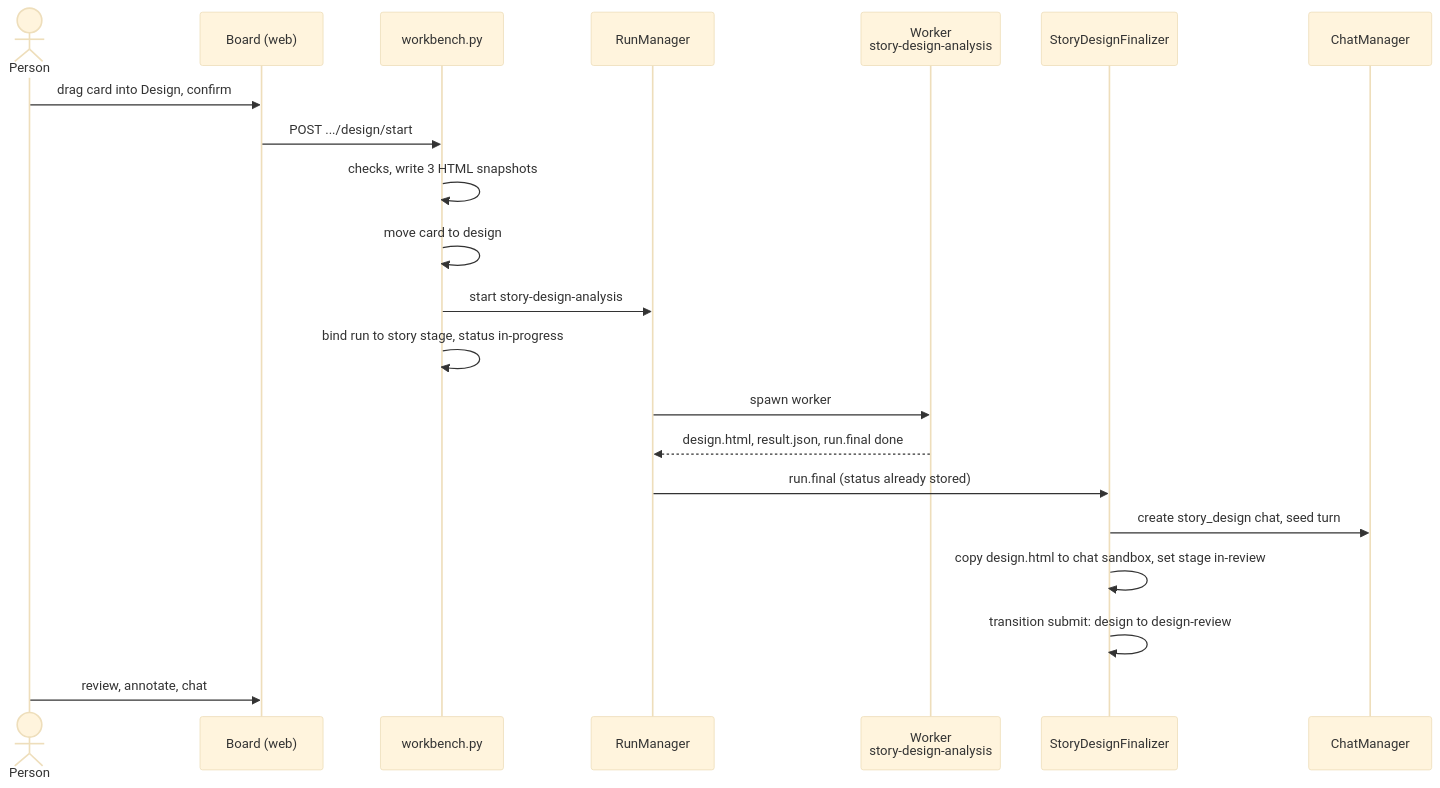
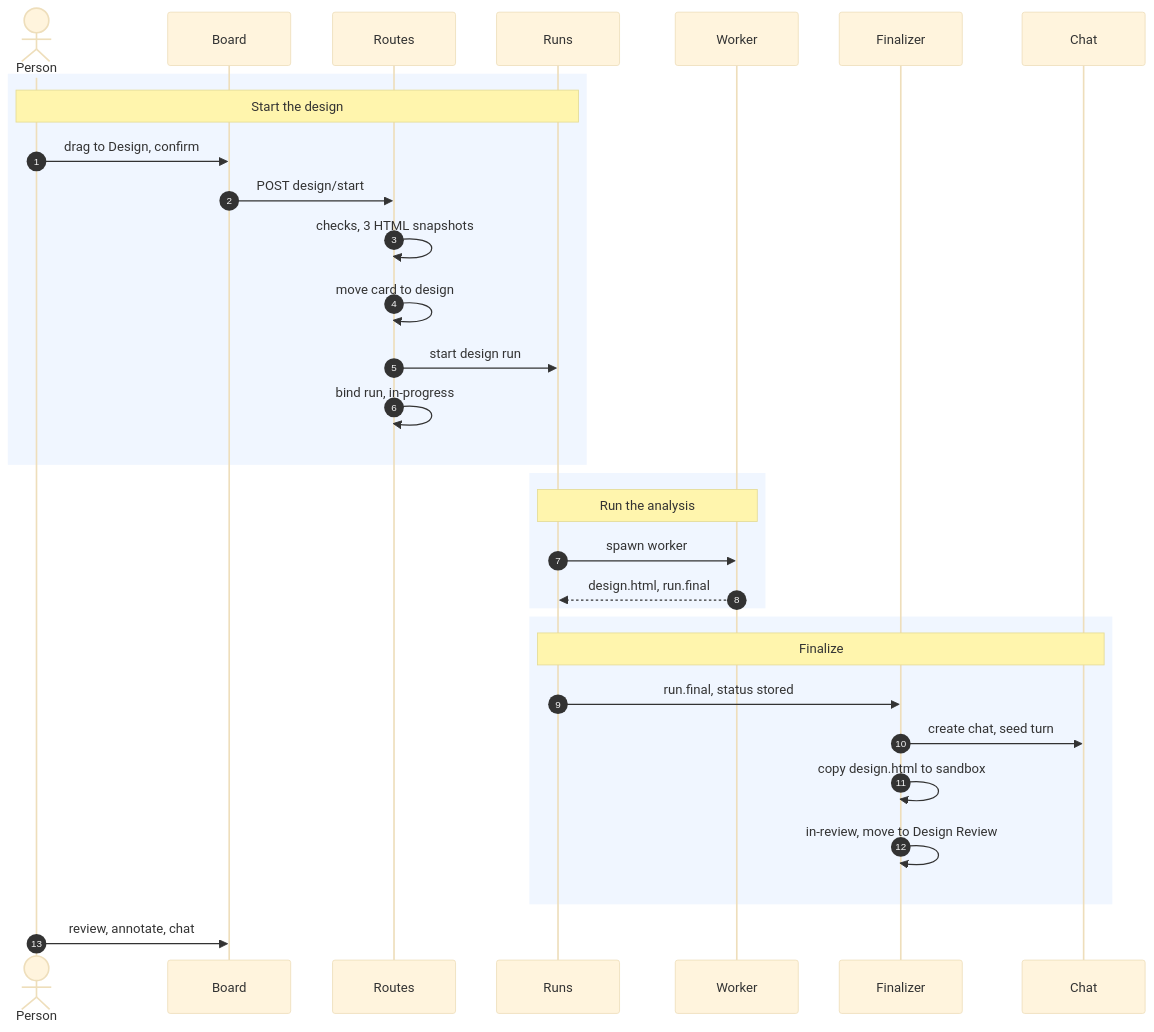
Before and after one commit to ram-020998/project-tracker: the fourth of 4 diagrams in genesis/architecture/modules/stories-and-workbench.md, drawn with Mermaid (base theme). The commit also changed other lines of this file and 24 other files, not shown here.

First line of the commit message:
architecture: rewrite all 86 Mermaid diagrams to one C4 style, each render-checked

````diff
--- a/genesis/architecture/modules/stories-and-workbench.md
+++ b/genesis/architecture/modules/stories-and-workbench.md
@@ -173,23 +212,33 @@
 ```mermaid
 sequenceDiagram
+    autonumber
     actor U as Person
-    participant W as Board (web)
-    participant API as workbench.py
-    participant RM as RunManager
-    participant WK as Worker<br/>story-design-analysis
-    participant FD as StoryDesignFinalizer
-    participant CH as ChatManager
-    U->>W: drag card into Design, confirm
-    W->>API: POST .../design/start
-    API->>API: checks, write 3 HTML snapshots
+    participant W as Board
+    participant API as Routes
+    participant RM as Runs
+    participant WK as Worker
+    participant FD as Finalizer
+    participant CH as Chat
+    rect rgb(240, 246, 255)
+    Note over U,RM: Start the design
+    U->>W: drag to Design, confirm
+    W->>API: POST design/start
+    API->>API: checks, 3 HTML snapshots
     API->>API: move card to design
-    API->>RM: start story-design-analysis
-    API->>API: bind run to story stage, status in-progress
+    API->>RM: start design run
+    API->>API: bind run, in-progress
+    end
+    rect rgb(240, 246, 255)
+    Note over RM,WK: Run the analysis
     RM->>WK: spawn worker
-    WK-->>RM: design.html, result.json, run.final done
-    RM->>FD: run.final (status already stored)
-    FD->>CH: create story_design chat, seed turn
-    FD->>FD: copy design.html to chat sandbox, set stage in-review
-    FD->>FD: transition submit: design to design-review
+    WK-->>RM: design.html, run.final
+    end
+    rect rgb(240, 246, 255)
+    Note over RM,CH: Finalize
+    RM->>FD: run.final, status stored
+    FD->>CH: create chat, seed turn
+    FD->>FD: copy design.html to sandbox
+    FD->>FD: in-review, move to Design Review
+    end
     U->>W: review, annotate, chat
 ```
````
